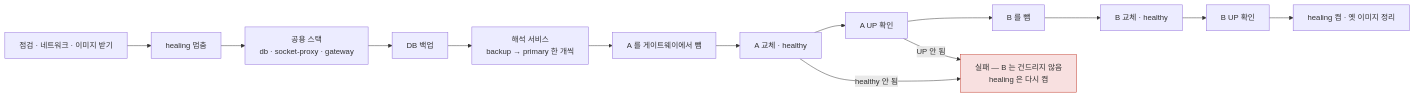
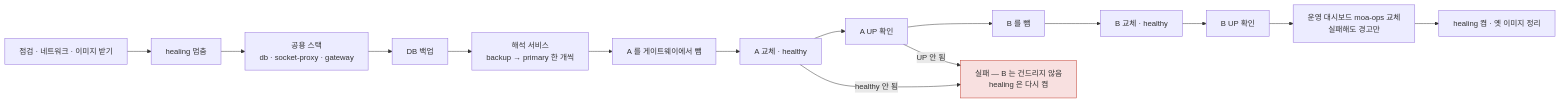
One commit to 931njhthe-star/moa changed the second of 2 diagrams in docs/파이프라인_구현_결과_보고서.md. Above: the diagram before and after it, drawn with Mermaid. The commit also changed other lines of this file, not shown here.

````diff
--- a/docs/파이프라인_구현_결과_보고서.md
+++ b/docs/파이프라인_구현_결과_보고서.md
@@ -55,13 +54,14 @@
 ```mermaid
 flowchart LR
     P["점검 · 네트워크 · 이미지 받기"] --> HS["healing 멈춤"]
     HS --> CO["공용 스택<br/>db · socket-proxy · gateway"]
     CO --> BK["DB 백업"]
     BK --> IN["해석 서비스<br/>backup → primary 한 개씩"]
     IN --> A1["A 를 게이트웨이에서 뺌"] --> A2["A 교체 · healthy"] --> A3["A UP 확인"]
     A3 --> B1["B 를 뺌"] --> B2["B 교체 · healthy"] --> B3["B UP 확인"]
-    B3 --> HE["healing 켬 · 옛 이미지 정리"]
+    B3 --> OP["운영 대시보드 moa-ops 교체<br/>실패해도 경고만"]
+    OP --> HE["healing 켬 · 옛 이미지 정리"]
     A2 -->|"healthy 안 됨"| F["실패 — B 는 건드리지 않음<br/>healing 은 다시 켬"]
     A3 -->|"UP 안 됨"| F
     style F fill:#F8E0E0,stroke:#C0392B
 ```
````
